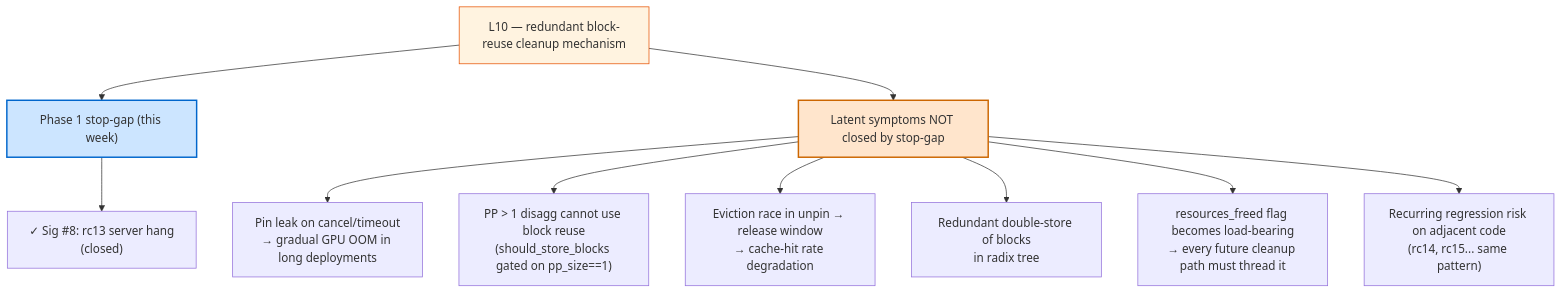
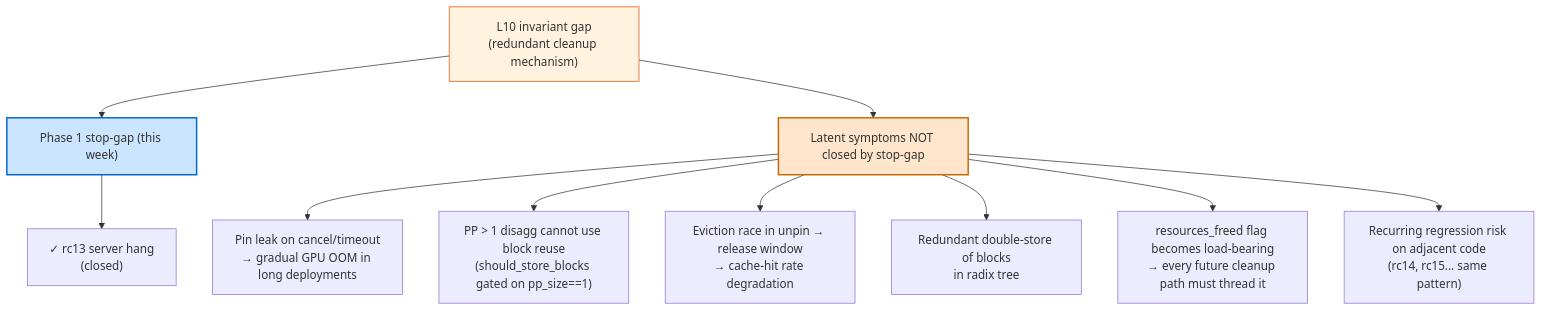
The fourth of 6 diagrams in docs/investigations/nvbug-6104831-disagg-permanent-wedge/09-executive-summary-rc11-to-rc13.md (chienchunhung/TensorRT-LLM), drawn with Mermaid before and after one commit. The commit also changed other lines of this file, not shown here.

First line of the commit message:
[https://nvbugs/6104831][docs] Make exec summary self-contained; add cancellation/cleanup invariants

````diff
--- a/docs/investigations/nvbug-6104831-disagg-permanent-wedge/09-executive-summary-rc11-to-rc13.md
+++ b/docs/investigations/nvbug-6104831-disagg-permanent-wedge/09-executive-summary-rc11-to-rc13.md
@@ -274,21 +308,21 @@
 ```mermaid
 graph TB
-    L10["L10 — redundant block-reuse cleanup mechanism"]:::layer
+    L10["L10 invariant gap<br/>(redundant cleanup mechanism)"]:::layer
     STOPGAP["Phase 1 stop-gap (this week)"]:::stopgap
     REMAIN["Latent symptoms NOT closed by stop-gap"]:::latent
 
     L10 --> STOPGAP
     L10 --> REMAIN
 
-    STOPGAP --> SIG8["✓ Sig #8: rc13 server hang<br/>(closed)"]
+    STOPGAP --> SIG8["✓ rc13 server hang<br/>(closed)"]
     REMAIN --> PIN["Pin leak on cancel/timeout<br/>→ gradual GPU OOM in long deployments"]
     REMAIN --> PP["PP > 1 disagg cannot use block reuse<br/>(should_store_blocks gated on pp_size==1)"]
     REMAIN --> RACE["Eviction race in unpin → release window<br/>→ cache-hit rate degradation"]
     REMAIN --> DOUBLE["Redundant double-store of blocks<br/>in radix tree"]
     REMAIN --> FRAG["resources_freed flag becomes load-bearing<br/>→ every future cleanup path must thread it"]
     REMAIN --> FUTURE["Recurring regression risk on adjacent code<br/>(rc14, rc15... same pattern)"]
 
     classDef layer fill:#fff3e0,stroke:#e65100
     classDef stopgap fill:#cce5ff,stroke:#0066cc,stroke-width:2px
     classDef latent fill:#ffe5cc,stroke:#cc6600,stroke-width:2px
 ```
````
